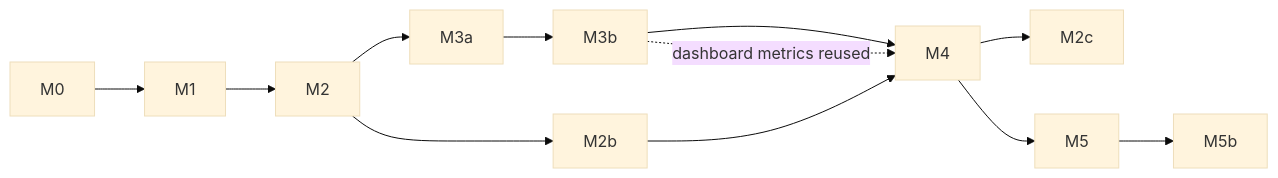
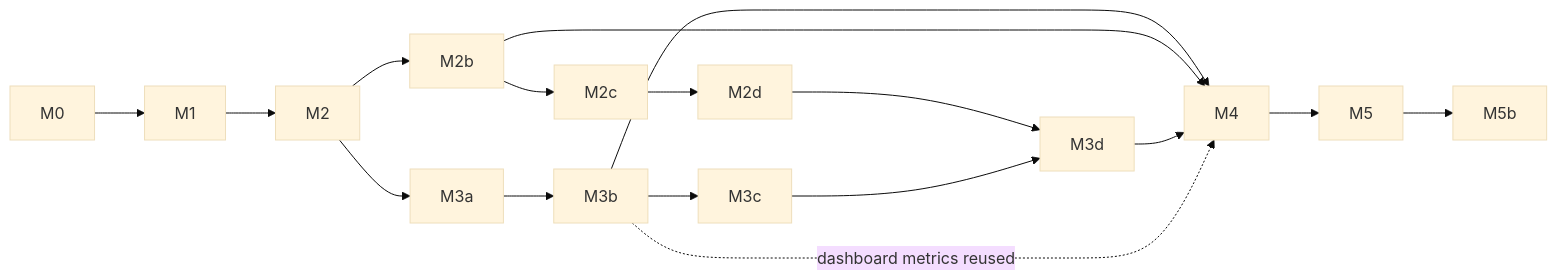
The diagram in docs/plans/README.md (isoloop/isoloop), drawn with Mermaid (base theme) before and after one commit. The commit also changed other lines of this file and 4 other files, not shown here.

````diff
--- a/docs/plans/README.md
+++ b/docs/plans/README.md
@@ -22,8 +24,9 @@
 ```mermaid
 flowchart LR
   M0 --> M1 --> M2 --> M3a --> M3b --> M4
   M2 --> M2b --> M4
-  M4 --> M2c
   M4 --> M5 --> M5b
+  M2b --> M2c --> M2d --> M3d --> M4
+  M3b --> M3c --> M3d
   M3b -. "dashboard metrics reused" .-> M4
 ```
````
